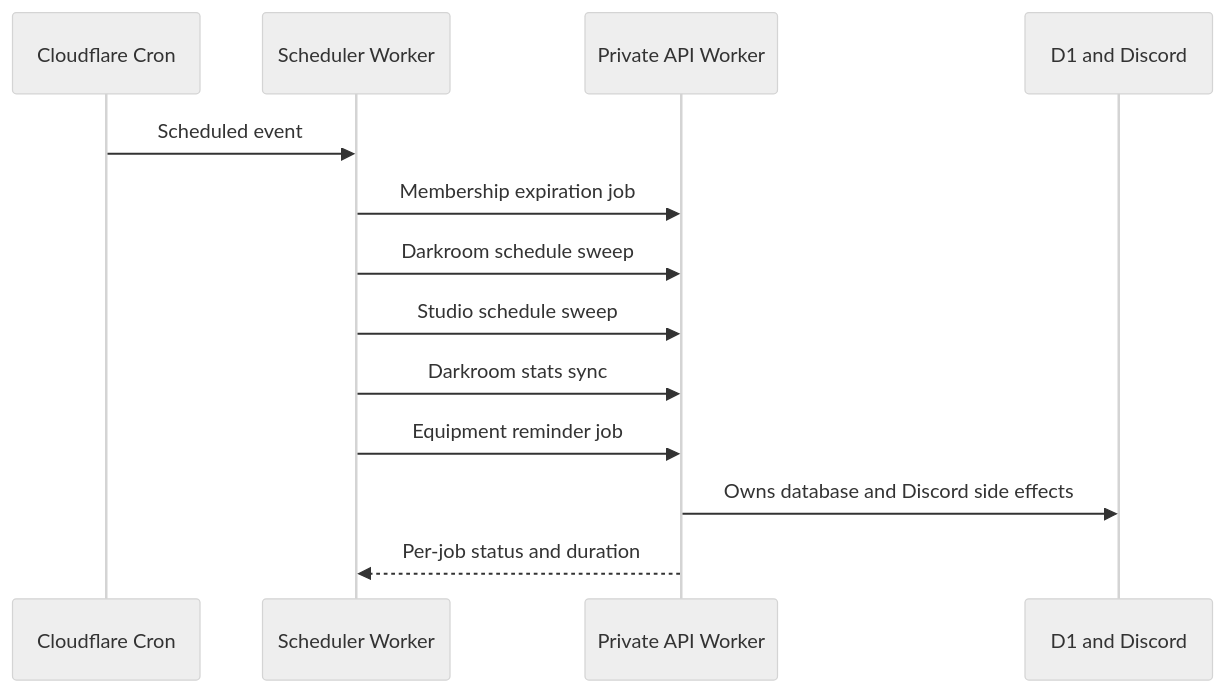
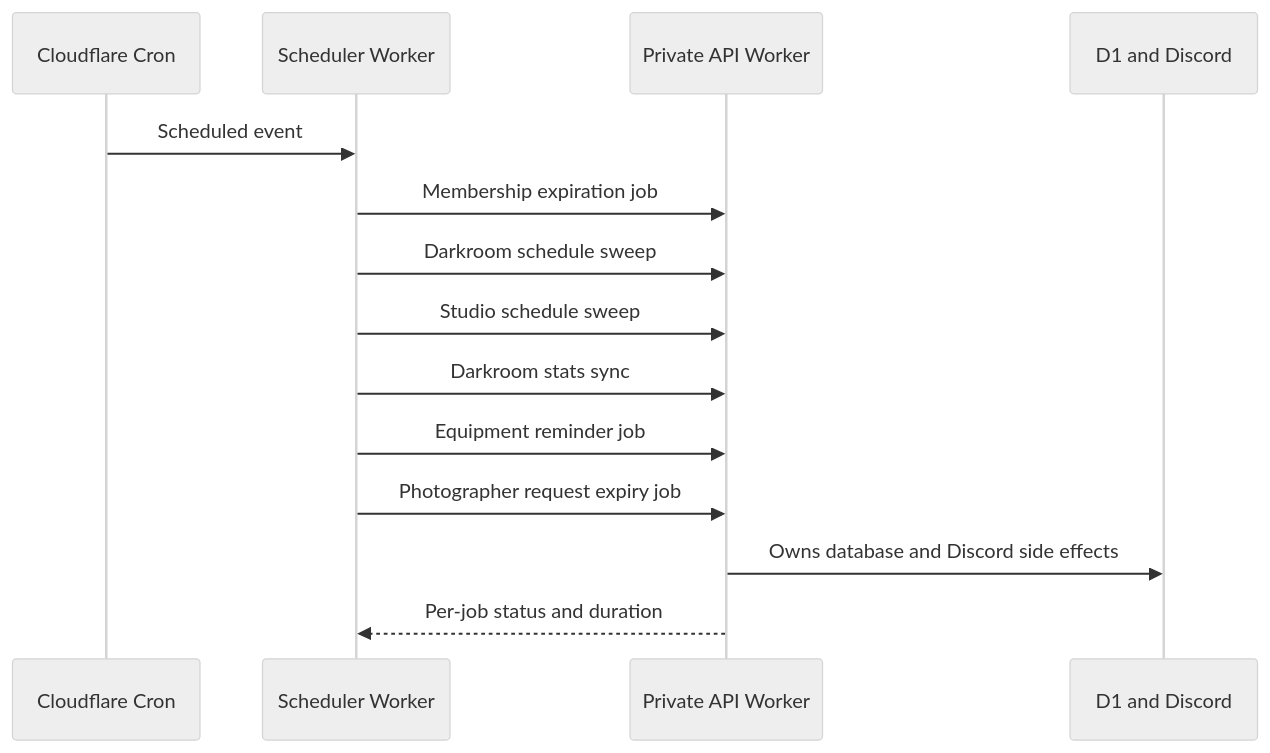
The diagram in README.md (PurduePhotographyClub/purdue-photo-scheduler-worker), drawn with Mermaid (neutral theme) before and after one commit. The commit also changed other lines of this file and 1 other file, not shown here.

Commit message:
fix: add photographer request expiry sweep (#9)

````diff
--- a/README.md
+++ b/README.md
@@ -20,16 +20,17 @@
 ```mermaid
 sequenceDiagram
   participant Cron as Cloudflare Cron
   participant Scheduler as Scheduler Worker
   participant API as Private API Worker
   participant Data as D1 and Discord
 
   Cron->>Scheduler: Scheduled event
   Scheduler->>API: Membership expiration job
   Scheduler->>API: Darkroom schedule sweep
   Scheduler->>API: Studio schedule sweep
   Scheduler->>API: Darkroom stats sync
   Scheduler->>API: Equipment reminder job
+  Scheduler->>API: Photographer request expiry job
   API->>Data: Owns database and Discord side effects
   API-->>Scheduler: Per-job status and duration
 ```
````
